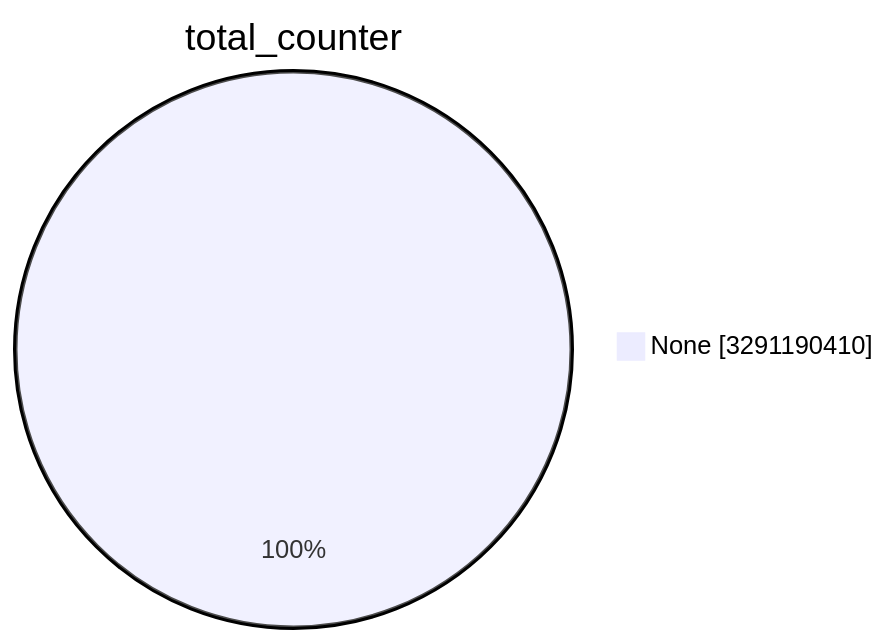
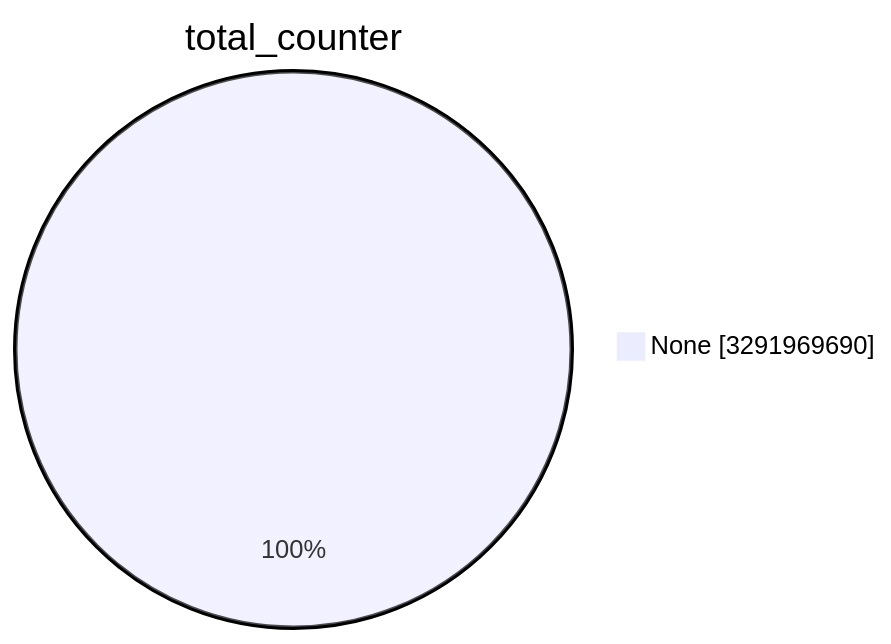
Before and after one commit to christiankrug/ctmonitor_visualization: the first of 15 diagrams in TOTAL/README.md, drawn with Mermaid. The commit also changed other lines of this file, not shown here.

````diff
--- a/TOTAL/README.md
+++ b/TOTAL/README.md
@@ -1,5 +1,5 @@
 ```mermaid
 pie showData
 title total_counter
-"None" :3291190410
+"None" :3291969690
 ```
````
